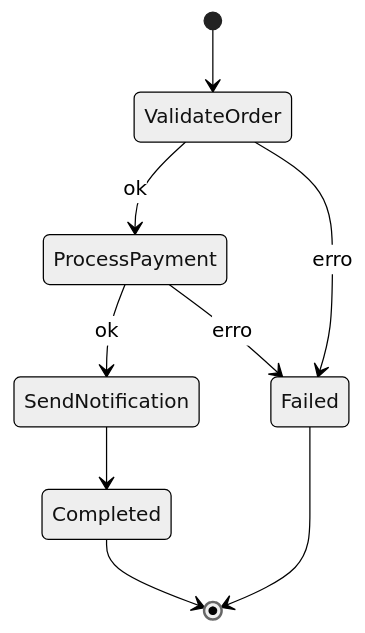
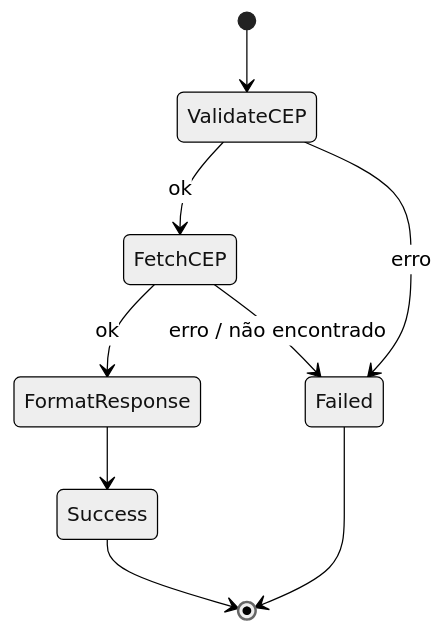
Before and after one commit to joao-valmeida/visionmind: the diagram in labs/step-functions/spec/workflow.md, drawn with Mermaid (neutral theme). The commit also changed other lines of this file and 64 other files, not shown here.

````diff
--- a/labs/step-functions/spec/workflow.md
+++ b/labs/step-functions/spec/workflow.md
@@ -67,11 +71,11 @@
 ```mermaid
 stateDiagram-v2
-    [*] --> ValidateOrder
-    ValidateOrder --> ProcessPayment: ok
-    ValidateOrder --> Failed: erro
-    ProcessPayment --> SendNotification: ok
-    ProcessPayment --> Failed: erro
-    SendNotification --> Completed
-    Completed --> [*]
+    [*] --> ValidateCEP
+    ValidateCEP --> FetchCEP: ok
+    ValidateCEP --> Failed: erro
+    FetchCEP --> FormatResponse: ok
+    FetchCEP --> Failed: erro / não encontrado
+    FormatResponse --> Success
+    Success --> [*]
     Failed --> [*]
 ```
````
